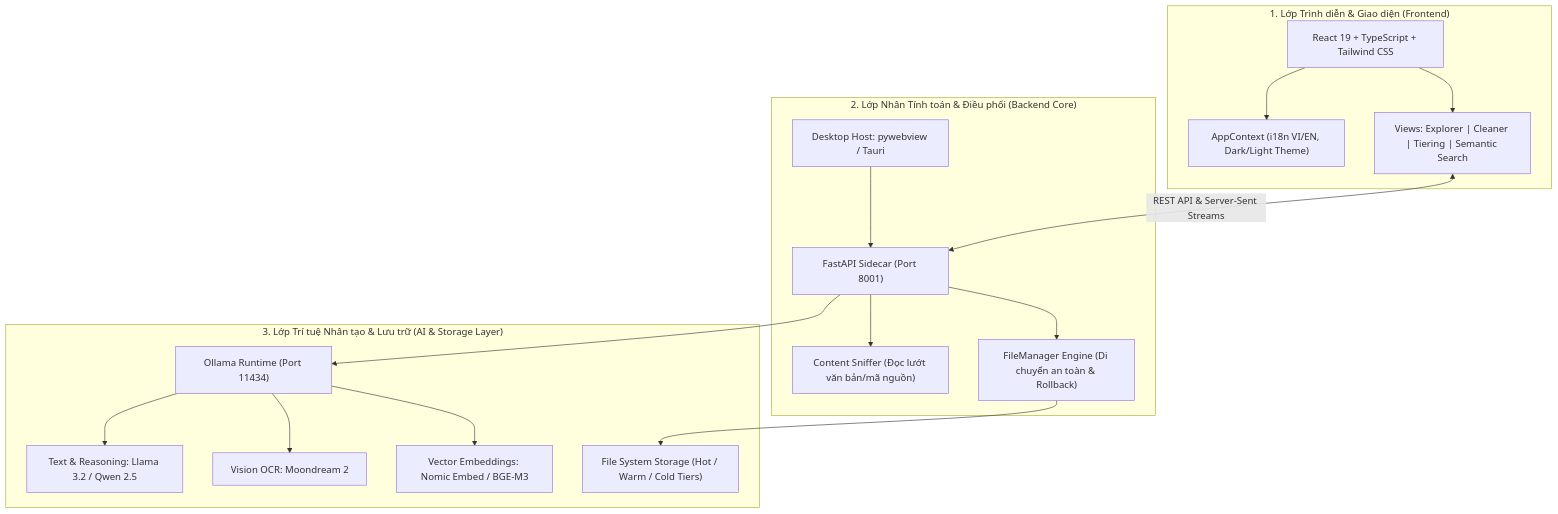
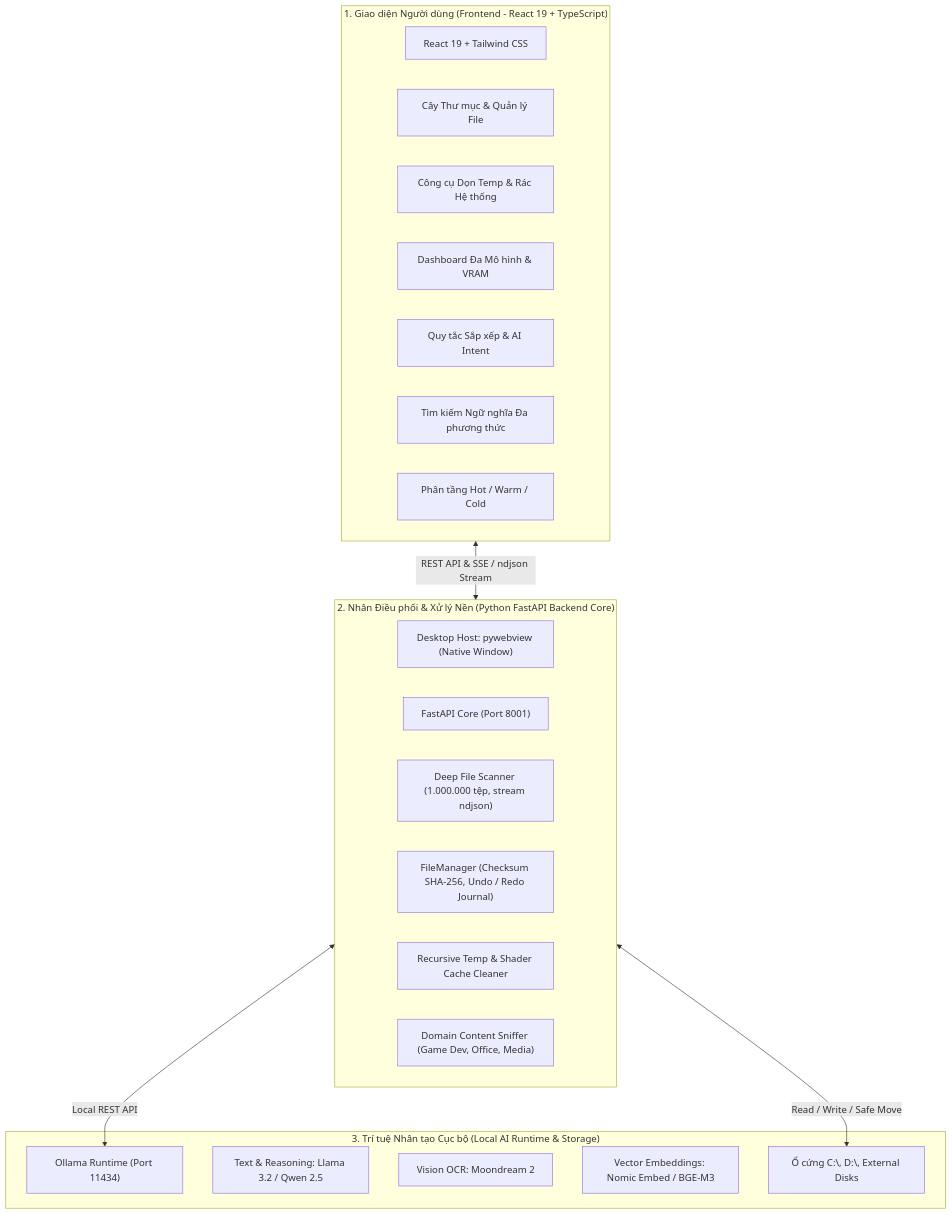
One commit to quan-dev18/multimodal-organizer changed the diagram in README.md. Above: the diagram before and after it, drawn with Mermaid. The commit also changed other lines of this file and 23 other files, not shown here.

Commit message:
docs(readme): comprehensive documentation on architecture, setup, and usage; sync latest desktop stability updates

````diff
--- a/README.md
+++ b/README.md
@@ -23,36 +26,33 @@
 ```mermaid
 flowchart TD
-    subgraph Client_Layer ["1. Lớp Trình diễn & Giao diện (Frontend)"]
-        UI["React 19 + TypeScript + Tailwind CSS"]
-        AppCtx["AppContext (i18n VI/EN, Dark/Light Theme)"]
-        Components["Views: Explorer | Cleaner | Tiering | Semantic Search"]
-        UI --> AppCtx
-        UI --> Components
+    subgraph Client_Layer ["1. Giao diện Người dùng (Frontend - React 19 + TypeScript)"]
+        UI["React 19 + Tailwind CSS"]
+        ExplorerView["Cây Thư mục & Quản lý File"]
+        CleanerView["Công cụ Dọn Temp & Rác Hệ thống"]
+        DashboardView["Dashboard Đa Mô hình & VRAM"]
+        RulesView["Quy tắc Sắp xếp & AI Intent"]
+        SemanticView["Tìm kiếm Ngữ nghĩa Đa phương thức"]
+        TieringView["Phân tầng Hot / Warm / Cold"]
     end
 
-    subgraph Core_Engine ["2. Lớp Nhân Tính toán & Điều phối (Backend Core)"]
-        DesktopRun["Desktop Host: pywebview / Tauri"]
-        FastAPISrv["FastAPI Sidecar (Port 8001)"]
-        Sniffer["Content Sniffer (Đọc lướt văn bản/mã nguồn)"]
-        FileManager["FileManager Engine (Di chuyển an toàn & Rollback)"]
-        DesktopRun --> FastAPISrv
-        FastAPISrv --> Sniffer
-        FastAPISrv --> FileManager
+    subgraph Core_Engine ["2. Nhân Điều phối & Xử lý Nền (Python FastAPI Backend Core)"]
+        DesktopHost["Desktop Host: pywebview (Native Window)"]
+        FastAPISrv["FastAPI Core (Port 8001)"]
+        Scanner["Deep File Scanner (1.000.000 tệp, stream ndjson)"]
+        SafeOrganizer["FileManager (Checksum SHA-256, Undo / Redo Journal)"]
+        TempEngine["Recursive Temp & Shader Cache Cleaner"]
+        IntentSniffer["Domain Content Sniffer (Game Dev, Office, Media)"]
     end
 
-    subgraph AI_Storage ["3. Lớp Trí tuệ Nhân tạo & Lưu trữ (AI & Storage Layer)"]
+    subgraph AI_Storage ["3. Trí tuệ Nhân tạo Cục bộ (Local AI Runtime & Storage)"]
         OllamaEngine["Ollama Runtime (Port 11434)"]
         TextSLM["Text & Reasoning: Llama 3.2 / Qwen 2.5"]
         VisionSLM["Vision OCR: Moondream 2"]
         VectorEngine["Vector Embeddings: Nomic Embed / BGE-M3"]
-        FileStorage["File System Storage (Hot / Warm / Cold Tiers)"]
-
-        FastAPISrv --> OllamaEngine
-        OllamaEngine --> TextSLM
-        OllamaEngine --> VisionSLM
-        OllamaEngine --> VectorEngine
-        FileManager --> FileStorage
+        StorageDisks["Ổ cứng C:\, D:\, External Disks"]
     end
 
-    Components <-->|REST API & Server-Sent Streams| FastAPISrv
+    Client_Layer <-->|REST API & SSE / ndjson Stream| Core_Engine
+    Core_Engine <-->|Local REST API| OllamaEngine
+    Core_Engine <-->|Read / Write / Safe Move| StorageDisks
 ```
````
